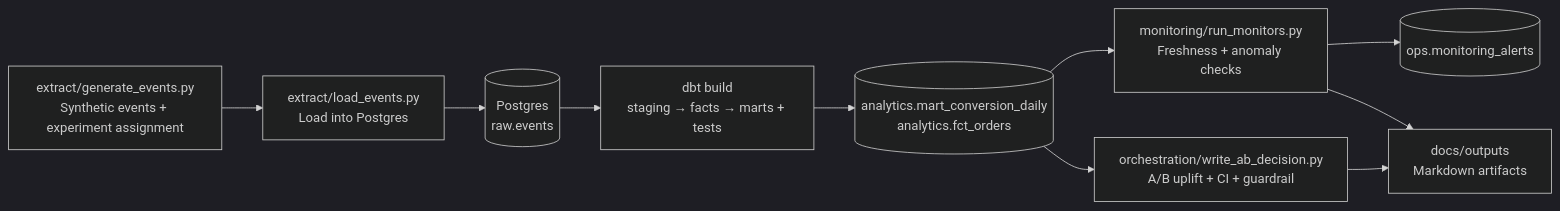
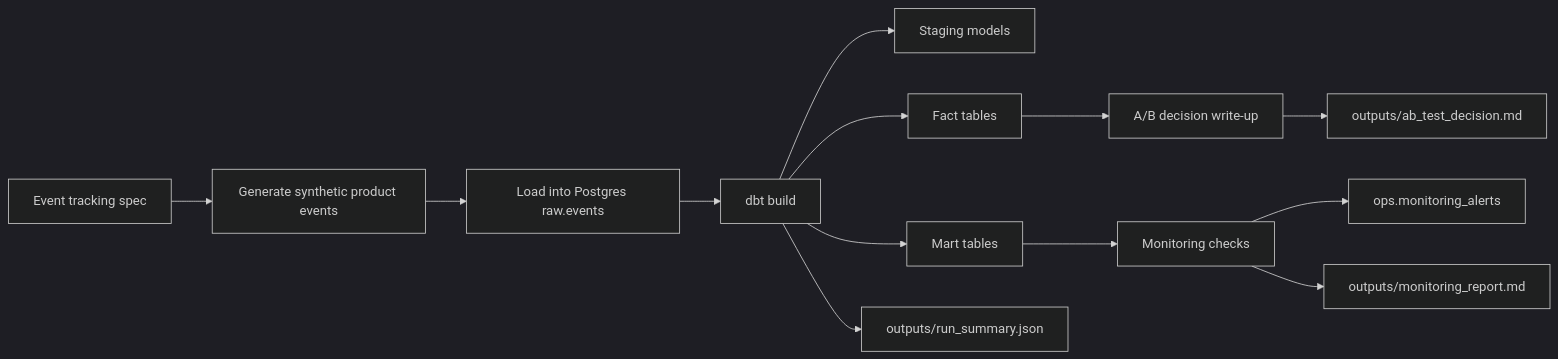
Before and after one commit to martynas816/product-analytics-ab-testing-pipeline: the diagram in README.md, drawn with Mermaid (dark theme). The commit also changed other lines of this file, not shown here.

````diff
--- a/README.md
+++ b/README.md
@@ -56,12 +46,15 @@
 ```mermaid
 flowchart LR
-  A[extract/generate_events.py\nSynthetic events + experiment assignment] --> B[extract/load_events.py\nLoad into Postgres]
-  B --> C[(Postgres\nraw.events)]
-  C --> D[dbt build\nstaging → facts → marts + tests]
-  D --> E[(analytics.mart_conversion_daily\nanalytics.fct_orders)]
-  E --> F[monitoring/run_monitors.py\nFreshness + anomaly checks]
-  E --> G[orchestration/write_ab_decision.py\nA/B uplift + CI + guardrail]
-  F --> H[(ops.monitoring_alerts)]
-  G --> I[docs/outputs\nMarkdown artifacts]
-  F --> I
+  A[Event tracking spec] --> B[Generate synthetic product events]
+  B --> C[Load into Postgres raw.events]
+  C --> D[dbt build]
+  D --> E[Staging models]
+  D --> F[Fact tables]
+  D --> G[Mart tables]
+  G --> H[Monitoring checks]
+  F --> I[A/B decision write-up]
+  H --> J[ops.monitoring_alerts]
+  I --> K[outputs/ab_test_decision.md]
+  H --> L[outputs/monitoring_report.md]
+  D --> M[outputs/run_summary.json]
 ```
````
